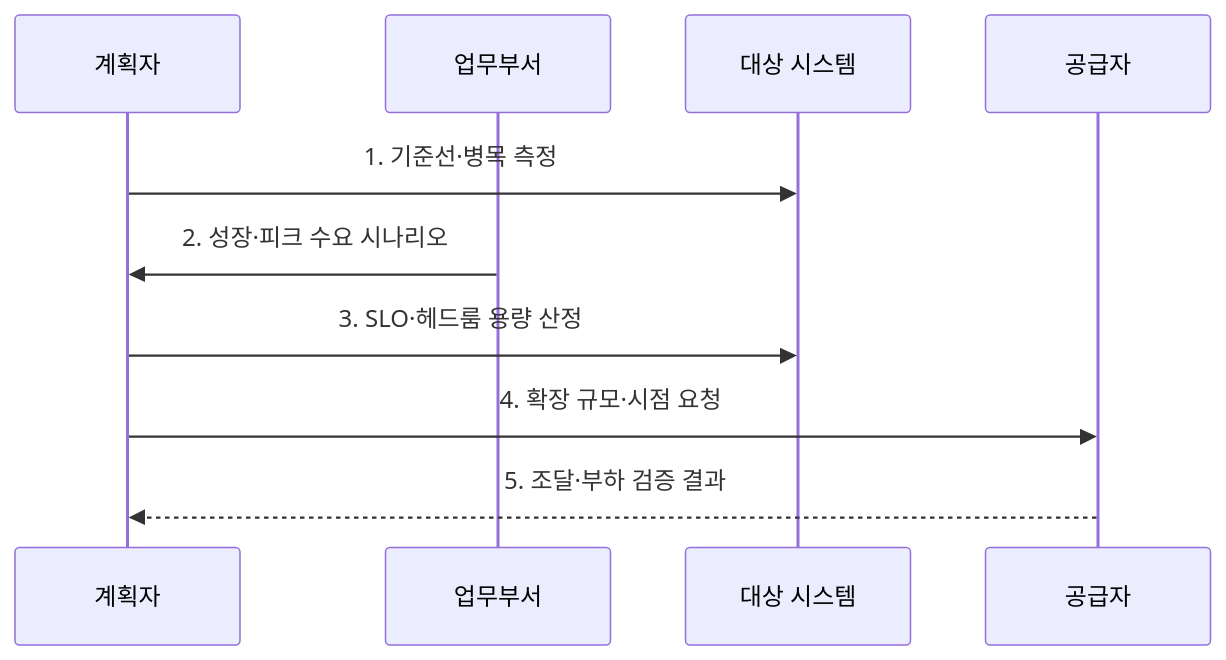
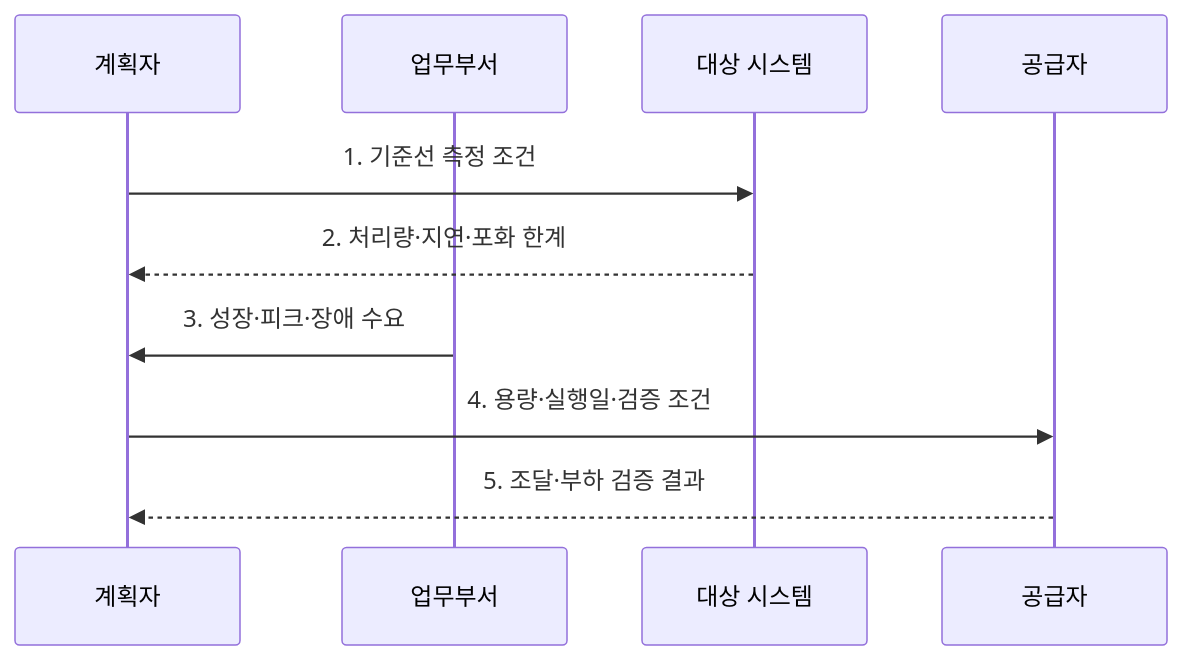
One commit to agnusdei1207/knowledge-base changed the second of 2 diagrams in src/content/docs/notes/06-evaluation/050_capacity_planning.md. Above: the diagram before and after it, drawn with Mermaid. The commit also changed other lines of this file and 11 other files, not shown here.

````diff
--- a/src/content/docs/notes/06-evaluation/050_capacity_planning.md
+++ b/src/content/docs/notes/06-evaluation/050_capacity_planning.md
@@ -84,12 +81,12 @@
 ```mermaid
 sequenceDiagram
     participant P as 계획자
     participant B as 업무부서
     participant S as 대상 시스템
     participant V as 공급자
-    P->>S: 1. 기준선·병목 측정
-    B->>P: 2. 성장·피크 수요 시나리오
-    P->>S: 3. SLO·헤드룸 용량 산정
-    P->>V: 4. 확장 규모·시점 요청
+    P->>S: 1. 기준선 측정 조건
+    S-->>P: 2. 처리량·지연·포화 한계
+    B->>P: 3. 성장·피크·장애 수요
+    P->>V: 4. 용량·실행일·검증 조건
     V-->>P: 5. 조달·부하 검증 결과
 ```
````
